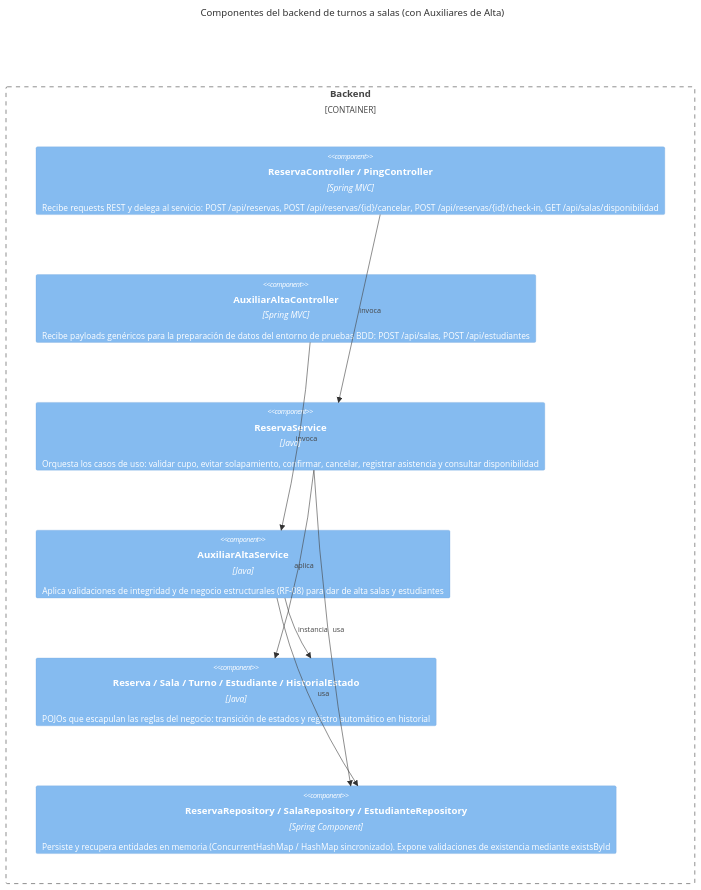
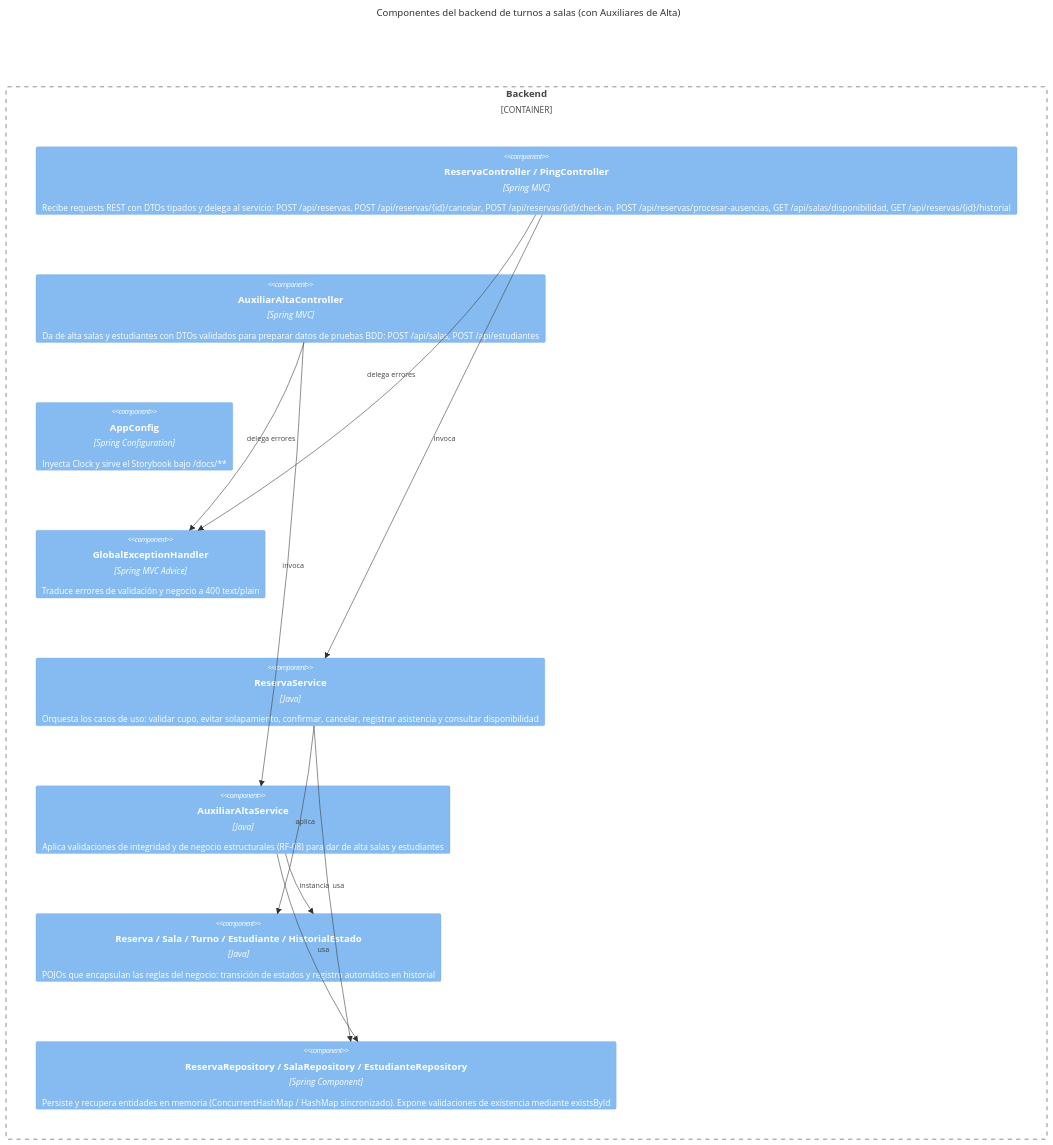
The diagram in docs/arquitectura/c4-componentes.md (Agusb04/StackReserve), drawn with Mermaid before and after one commit. The commit also changed other lines of this file and 34 other files, not shown here.

````diff
--- a/docs/arquitectura/c4-componentes.md
+++ b/docs/arquitectura/c4-componentes.md
@@ -18,23 +20,27 @@
 ```mermaid
 C4Component
     title Componentes del backend de turnos a salas (con Auxiliares de Alta)
     Container_Boundary(backend, "Backend") {
-        Component(controller, "ReservaController / PingController", "Spring MVC", "Recibe requests REST y delega al servicio: POST /api/reservas, POST /api/reservas/{id}/cancelar, POST /api/reservas/{id}/check-in, GET /api/salas/disponibilidad")
-        Component(aux_controller, "AuxiliarAltaController", "Spring MVC", "Recibe payloads genéricos para la preparación de datos del entorno de pruebas BDD: POST /api/salas, POST /api/estudiantes")
+        Component(controller, "ReservaController / PingController", "Spring MVC", "Recibe requests REST con DTOs tipados y delega al servicio: POST /api/reservas, POST /api/reservas/{id}/cancelar, POST /api/reservas/{id}/check-in, POST /api/reservas/procesar-ausencias, GET /api/salas/disponibilidad, GET /api/reservas/{id}/historial")
+        Component(aux_controller, "AuxiliarAltaController", "Spring MVC", "Da de alta salas y estudiantes con DTOs validados para preparar datos de pruebas BDD: POST /api/salas, POST /api/estudiantes")
+        Component(config, "AppConfig", "Spring Configuration", "Inyecta Clock y sirve el Storybook bajo /docs/**")
+        Component(errors, "GlobalExceptionHandler", "Spring MVC Advice", "Traduce errores de validación y negocio a 400 text/plain")
         
         Component(service, "ReservaService", "Java", "Orquesta los casos de uso: validar cupo, evitar solapamiento, confirmar, cancelar, registrar asistencia y consultar disponibilidad")
         Component(aux_service, "AuxiliarAltaService", "Java", "Aplica validaciones de integridad y de negocio estructurales (RF-08) para dar de alta salas y estudiantes")
         
-        Component(domain, "Reserva / Sala / Turno / Estudiante / HistorialEstado", "Java", "POJOs que escapulan las reglas del negocio: transición de estados y registro automático en historial")
+        Component(domain, "Reserva / Sala / Turno / Estudiante / HistorialEstado", "Java", "POJOs que encapsulan las reglas del negocio: transición de estados y registro automático en historial")
         
         Component(repository, "ReservaRepository / SalaRepository / EstudianteRepository", "Spring Component", "Persiste y recupera entidades en memoria (ConcurrentHashMap / HashMap sincronizado). Expone validaciones de existencia mediante existsById")
     }
     Rel(controller, service, "invoca")
     Rel(aux_controller, aux_service, "invoca")
     
     Rel(service, domain, "aplica")
     Rel(aux_service, domain, "instancia")
     
     Rel(service, repository, "usa")
     Rel(aux_service, repository, "usa")
+    Rel(controller, errors, "delega errores")
+    Rel(aux_controller, errors, "delega errores")
 ```
````
